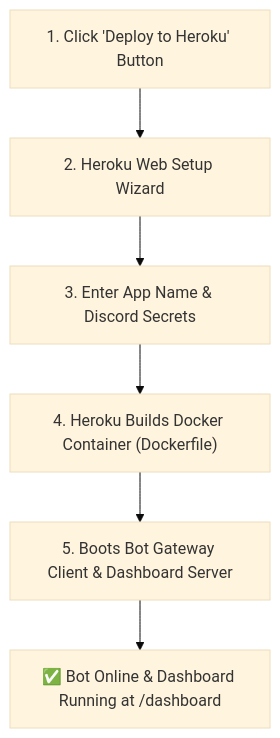
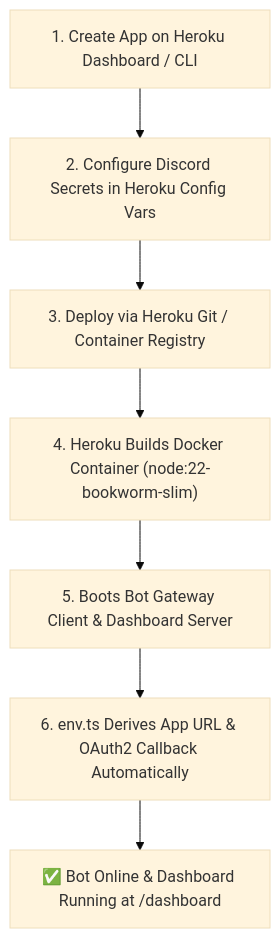
The diagram in docs/deployment-heroku.md (HELIX-Origin/HELIX-Discord-Bot), drawn with Mermaid (base theme) before and after one commit. The commit also changed other lines of this file and 3 other files, not shown here.

Commit message:
chore(heroku): remove app.json and streamline standard container deployment guide

````diff
--- a/docs/deployment-heroku.md
+++ b/docs/deployment-heroku.md
@@ -11,8 +9,9 @@
 ```mermaid
 flowchart TD
-    Button["1. Click 'Deploy to Heroku' Button"] --> Wizard["2. Heroku Web Setup Wizard"]
-    Wizard --> Input["3. Enter App Name & Discord Secrets"]
-    Input --> Build["4. Heroku Builds Docker Container (Dockerfile)"]
+    Create["1. Create App on Heroku Dashboard / CLI"] --> Config["2. Configure Discord Secrets in Heroku Config Vars"]
+    Config --> Push["3. Deploy via Heroku Git / Container Registry"]
+    Push --> Build["4. Heroku Builds Docker Container (node:22-bookworm-slim)"]
     Build --> Launch["5. Boots Bot Gateway Client & Dashboard Server"]
-    Launch --> Ready["✅ Bot Online & Dashboard Running at /dashboard"]
+    Launch --> Auto["6. env.ts Derives App URL & OAuth2 Callback Automatically"]
+    Auto --> Ready["✅ Bot Online & Dashboard Running at /dashboard"]
 ```
````
